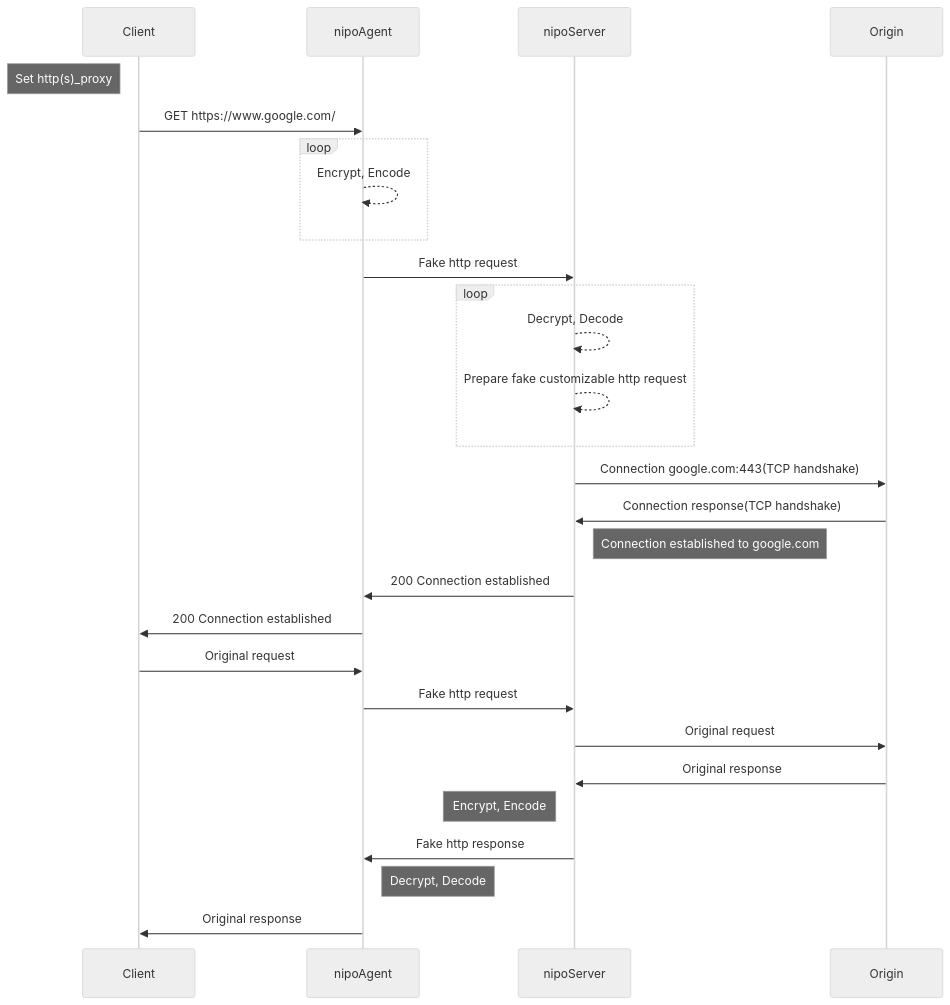
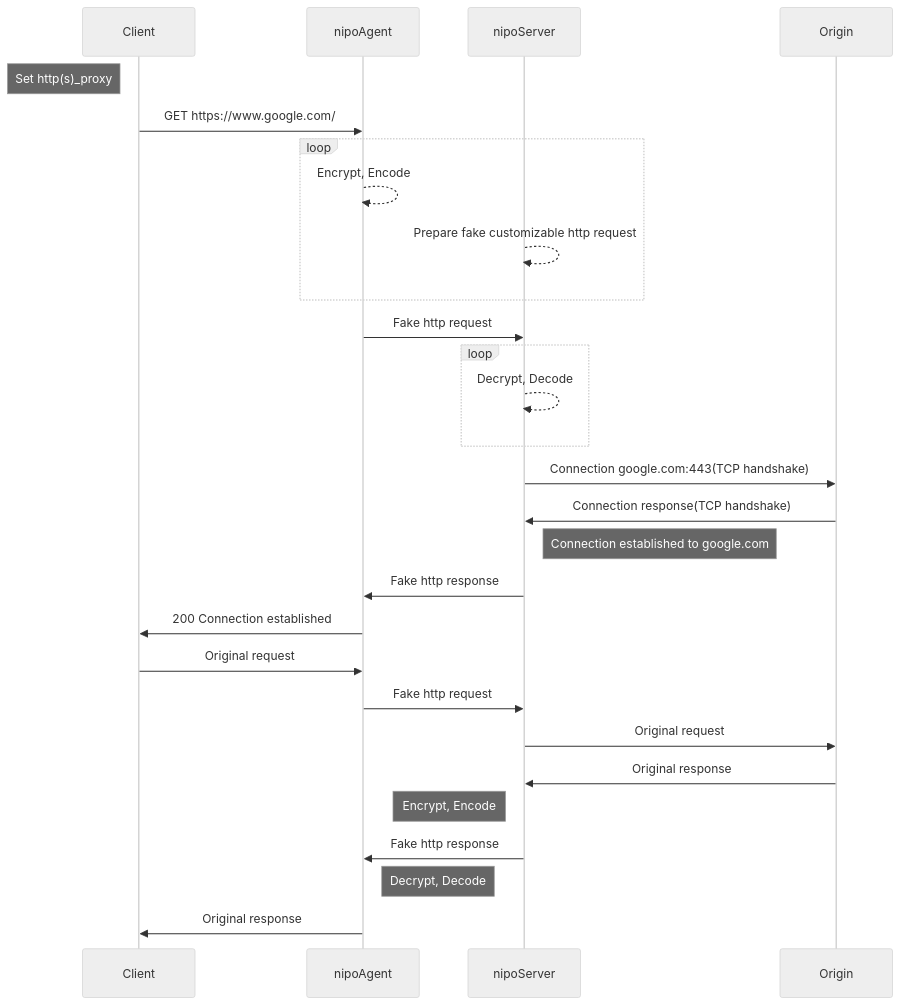
Before and after one commit to MortezaBashsiz/nipovpn: the diagram in README.md, drawn with Mermaid (neutral theme).

Commit message:
Test Readme

````diff
--- a/README.md
+++ b/README.md
@@ -6,28 +6,28 @@
 ```mermaid
 sequenceDiagram
 Note left of Client: Set http(s)_proxy
 Client ->> nipoAgent: GET https://www.google.com/ 
 loop
     nipoAgent-->>nipoAgent: Encrypt, Encode
+    nipoServer-->>nipoServer: Prepare fake customizable http request
 end
 nipoAgent ->> nipoServer: Fake http request
 loop
     nipoServer-->>nipoServer: Decrypt, Decode
-    nipoServer-->>nipoServer: Prepare fake customizable http request
 end
 nipoServer ->> Origin: Connection google.com:443(TCP handshake)
 Origin ->> nipoServer: Connection response(TCP handshake)
 Note right of nipoServer: Connection established to google.com
-nipoServer ->> nipoAgent: 200 Connection established
+nipoServer ->> nipoAgent: Fake http response
 nipoAgent ->> Client: 200 Connection established
 Client ->> nipoAgent: Original request
 nipoAgent ->> nipoServer: Fake http request
 nipoServer ->> Origin: Original request
 Origin ->> nipoServer: Original response
 Note left of nipoServer: Encrypt, Encode
 nipoServer ->> nipoAgent: Fake http response
 Note right of nipoAgent: Decrypt, Decode
 nipoAgent ->> Client: Original response
 
 
 ```
````
